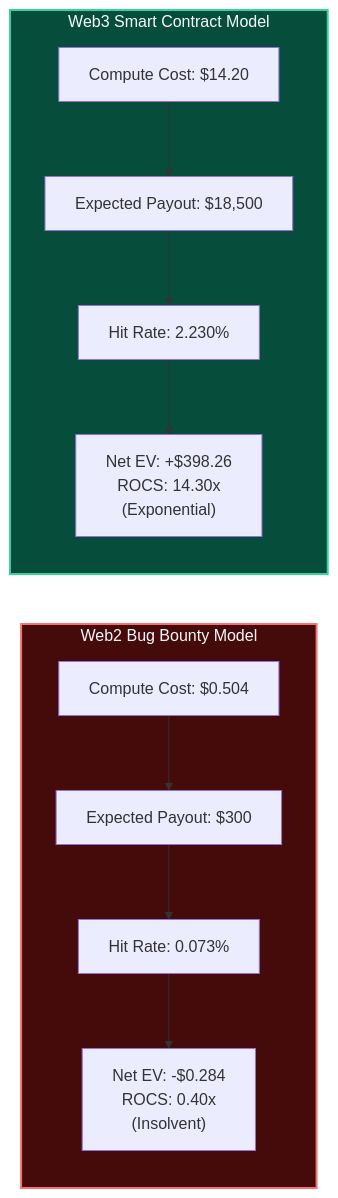
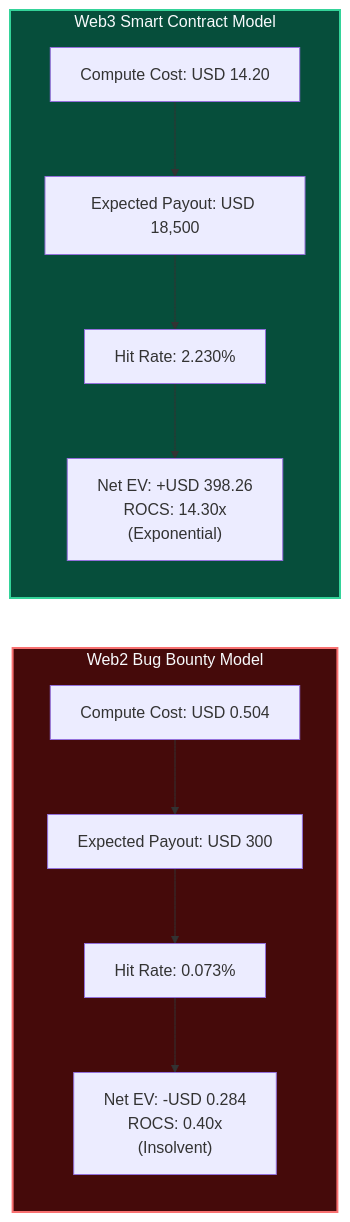
The third of 4 diagrams in docs/08_financial_engineering_model.md (x-TheFox/Autonomous-Opportunity-Arbitrage-Engine), drawn with Mermaid before and after one commit. The commit also changed other lines of this file and 11 other files, not shown here.

````diff
--- a/docs/08_financial_engineering_model.md
+++ b/docs/08_financial_engineering_model.md
@@ -166,17 +166,17 @@
 ```mermaid
 flowchart LR
     subgraph Web2_Economics["Web2 Bug Bounty Model"]
-        W2_C[Compute Cost: $0.504] --> W2_P[Expected Payout: $300]
+        W2_C[Compute Cost: USD 0.504] --> W2_P[Expected Payout: USD 300]
         W2_P --> W2_F[Hit Rate: 0.073%]
-        W2_F --> W2_R["Net EV: -$0.284<br/>ROCS: 0.40x<br/>(Insolvent)"]
+        W2_F --> W2_R["Net EV: -USD 0.284<br/>ROCS: 0.40x<br/>(Insolvent)"]
     end
 
     subgraph Web3_Economics["Web3 Smart Contract Model"]
-        W3_C[Compute Cost: $14.20] --> W3_P[Expected Payout: $18,500]
+        W3_C[Compute Cost: USD 14.20] --> W3_P[Expected Payout: USD 18,500]
         W3_P --> W3_F[Hit Rate: 2.230%]
-        W3_F --> W3_R["Net EV: +$398.26<br/>ROCS: 14.30x<br/>(Exponential)"]
+        W3_F --> W3_R["Net EV: +USD 398.26<br/>ROCS: 14.30x<br/>(Exponential)"]
     end
 
     style Web2_Economics fill:#450a0a,stroke:#f87171,stroke-width:2px,color:#f8fafc
     style Web3_Economics fill:#064e3b,stroke:#34d399,stroke-width:2px,color:#f8fafc
 ```
````
